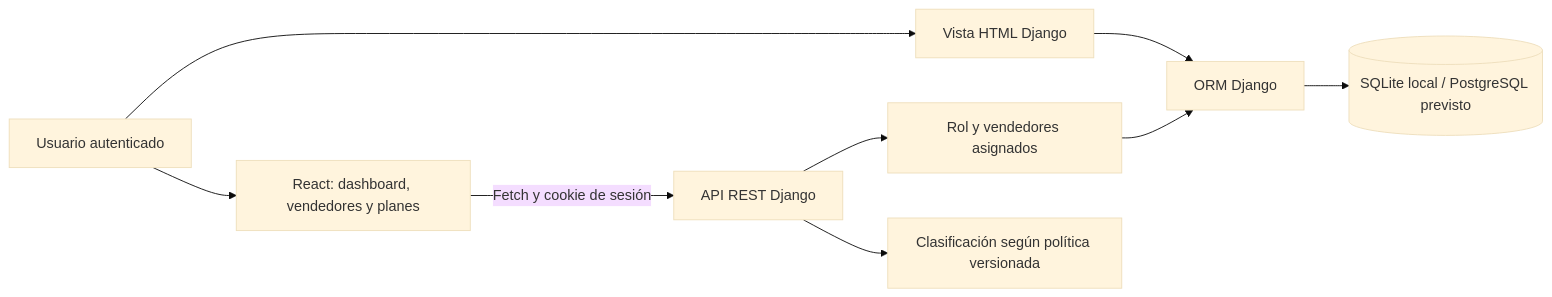
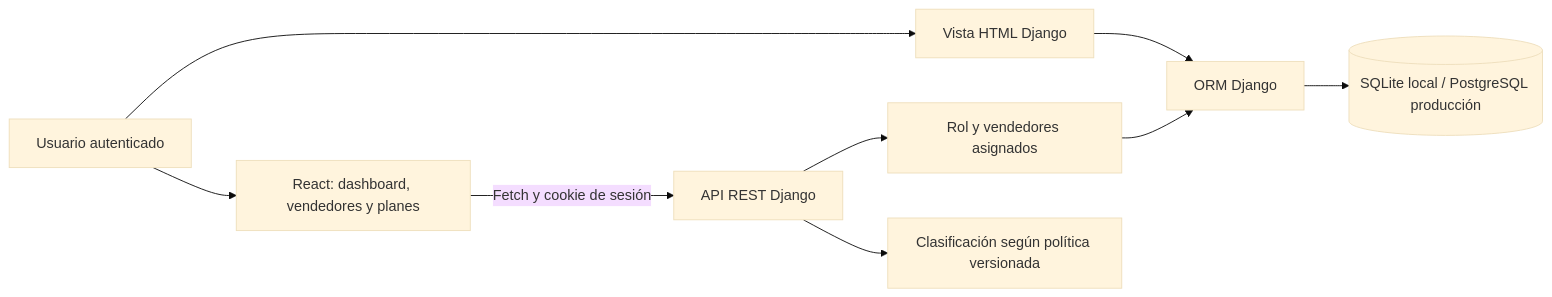
The diagram in README.md (Pablorossl/Seller-Action-Plan-SAP-), drawn with Mermaid (base theme) before and after one commit. The commit also changed other lines of this file and 50 other files, not shown here.

Commit message:
feat(fase-3): preparar entorno de producción, reforzar seguridad y validar PostgreSQL

````diff
--- a/README.md
+++ b/README.md
@@ -89,11 +91,11 @@
 ```mermaid
 flowchart LR
     U[Usuario autenticado] --> H[Vista HTML Django]
     U --> R[React: dashboard, vendedores y planes]
     R -->|Fetch y cookie de sesión| API[API REST Django]
     H --> ORM[ORM Django]
     API --> P[Rol y vendedores asignados]
     P --> ORM
-    ORM --> DB[(SQLite local / PostgreSQL previsto)]
+    ORM --> DB[(SQLite local / PostgreSQL producción)]
     API --> C[Clasificación según política versionada]
 ```
````
